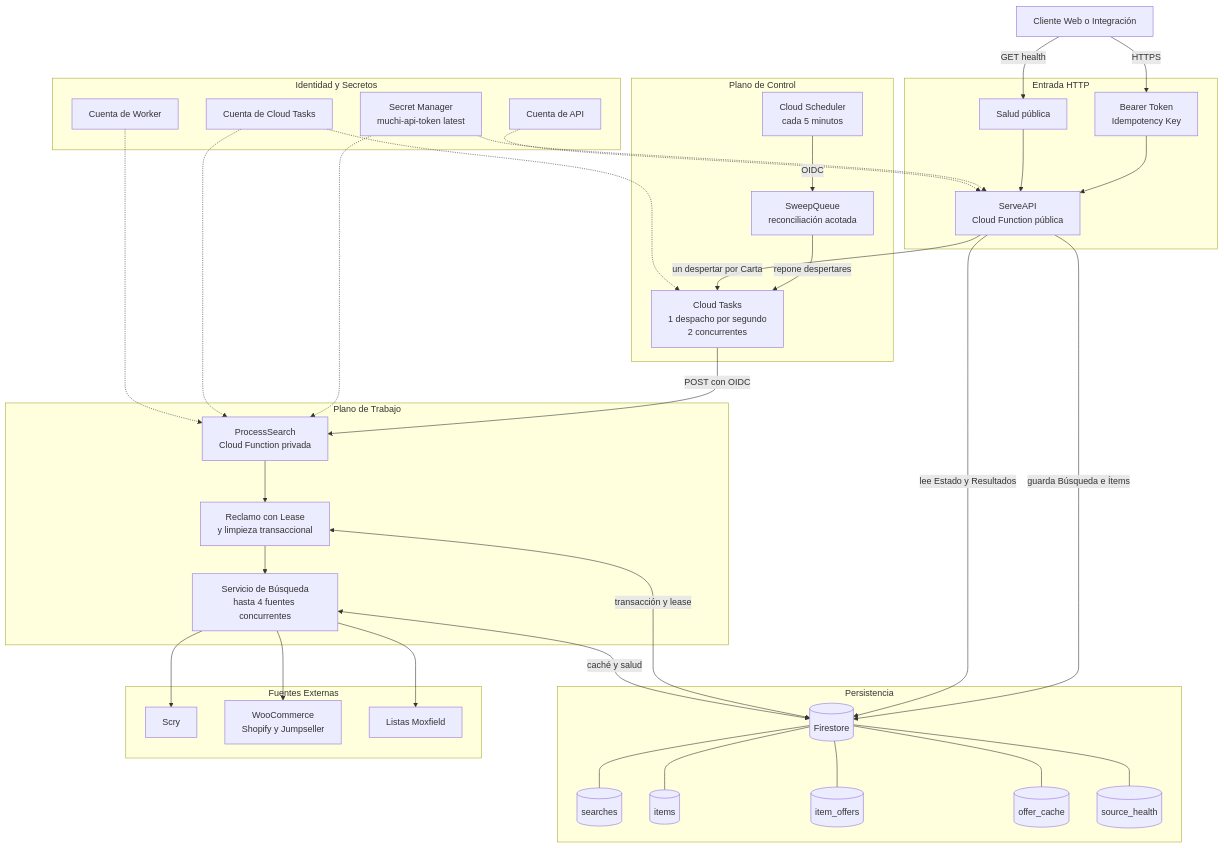
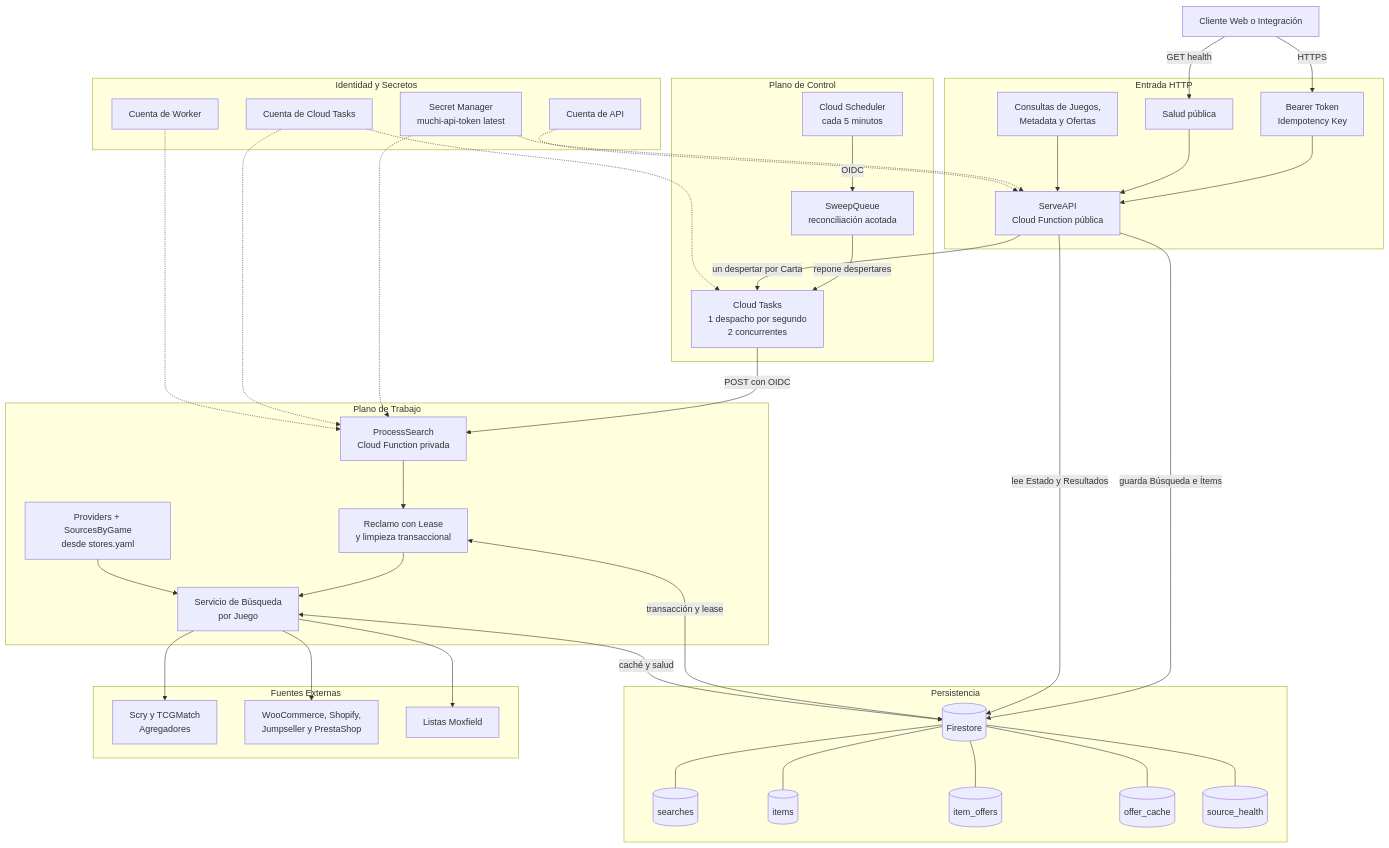
The first of 2 diagrams in backend/docs/arquitectura.md (metaliaw/muchi), drawn with Mermaid before and after one commit. The commit also changed other lines of this file and 17 other files, not shown here.

Commit message:
Los Juegos combinan Agregadores y Tiendas

````diff
--- a/backend/docs/arquitectura.md
+++ b/backend/docs/arquitectura.md
@@ -11,72 +11,76 @@
 ```mermaid
 flowchart TB
     user[Cliente Web o Integración]
 
     subgraph edge[Entrada HTTP]
         api[ServeAPI<br/>Cloud Function pública]
         auth[Bearer Token<br/>Idempotency Key]
         health[Salud pública]
+      cards[Consultas de Juegos,<br/>Metadata y Ofertas]
         auth --> api
         health --> api
+      cards --> api
     end
 
     subgraph control[Plano de Control]
         tasks[Cloud Tasks<br/>1 despacho por segundo<br/>2 concurrentes]
         scheduler[Cloud Scheduler<br/>cada 5 minutos]
         sweeper[SweepQueue<br/>reconciliación acotada]
         scheduler -->|OIDC| sweeper
         sweeper -->|repone despertares| tasks
     end
 
     subgraph work[Plano de Trabajo]
         worker[ProcessSearch<br/>Cloud Function privada]
         claim[Reclamo con Lease<br/>y limpieza transaccional]
-        search[Servicio de Búsqueda<br/>hasta 4 fuentes concurrentes]
+      search[Servicio de Búsqueda<br/>por Juego]
+      compose[Providers + SourcesByGame<br/>desde stores.yaml]
         worker --> claim --> search
+      compose --> search
     end
 
     subgraph data[Persistencia]
         firestore[(Firestore)]
         searches[(searches)]
         items[(items)]
         offers[(item_offers)]
         cache[(offer_cache)]
         healthStore[(source_health)]
         firestore --- searches
         firestore --- items
         firestore --- offers
         firestore --- cache
         firestore --- healthStore
     end
 
     subgraph providers[Fuentes Externas]
-        scry[Scry]
-        stores[WooCommerce<br/>Shopify y Jumpseller]
+      aggregators[Scry y TCGMatch<br/>Agregadores]
+      stores[WooCommerce, Shopify,<br/>Jumpseller y PrestaShop]
         lists[Listas Moxfield]
     end
 
     subgraph security[Identidad y Secretos]
         secret[Secret Manager<br/>muchi-api-token latest]
         taskIdentity[Cuenta de Cloud Tasks]
         apiIdentity[Cuenta de API]
         workerIdentity[Cuenta de Worker]
     end
 
     user -->|HTTPS| auth
     user -->|GET health| health
     api -->|guarda Búsqueda e Ítems| firestore
     api -->|un despertar por Carta| tasks
     api -->|lee Estado y Resultados| firestore
     tasks -->|POST con OIDC| worker
     claim <-->|transacción y lease| firestore
     search <-->|caché y salud| firestore
-    search --> scry
+    search --> aggregators
     search --> stores
     search --> lists
     secret -.-> api
     secret -.-> worker
     taskIdentity -.-> tasks
     taskIdentity -.-> worker
     apiIdentity -.-> api
     workerIdentity -.-> worker
 ```
````
